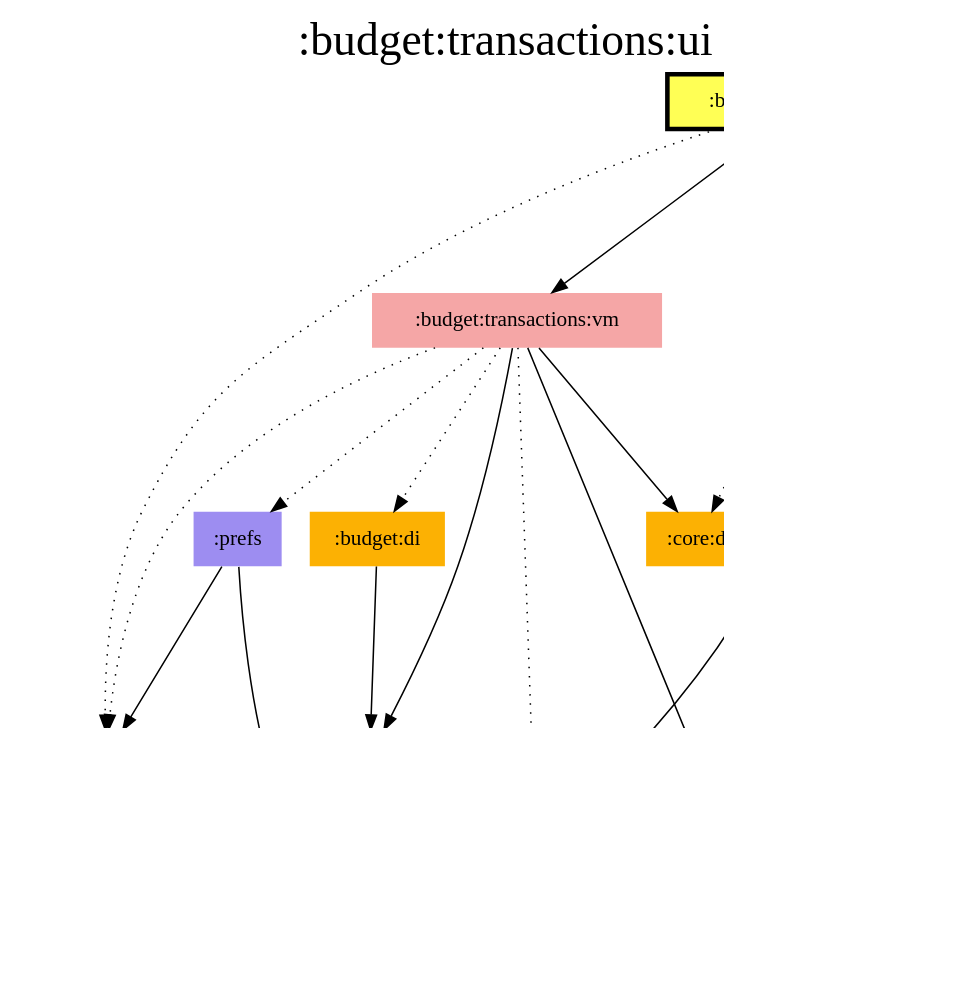
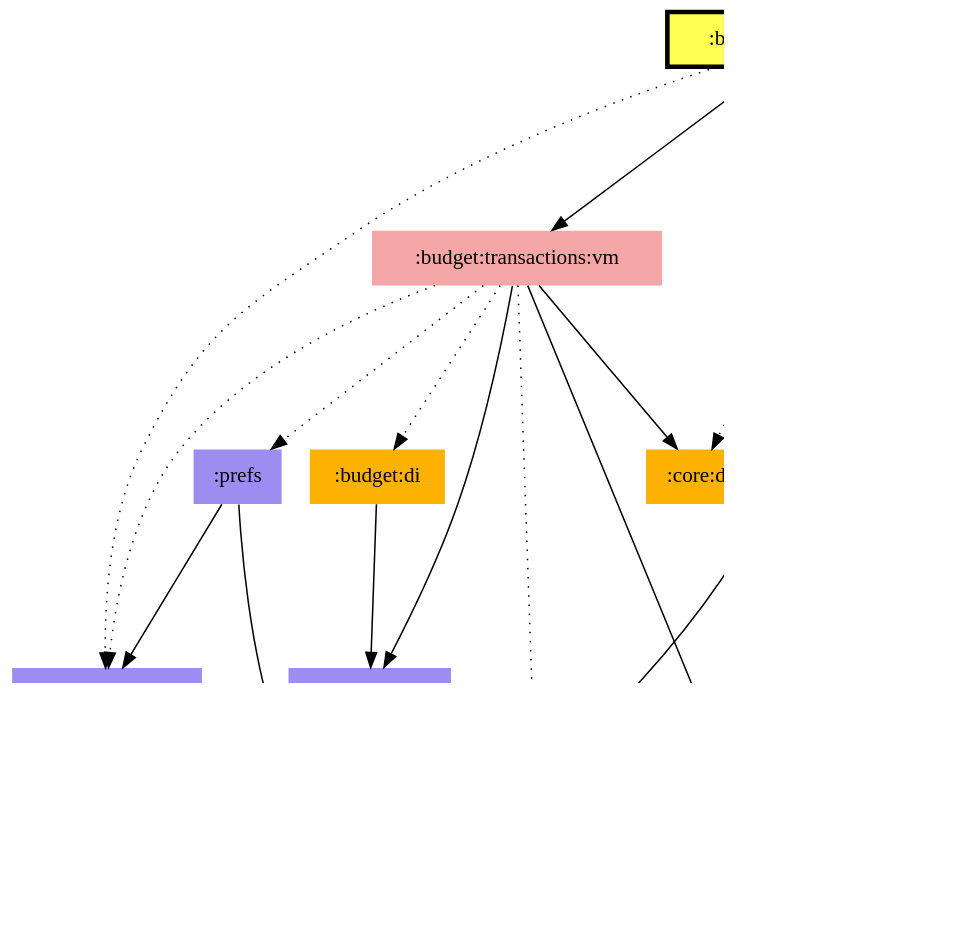
One commit to jonapoul/aktual changed the diagram in modules/budget/transactions/ui/modules.dot. Above: the diagram before and after it, drawn with Graphviz. The commit also changed 87 other files, not shown here.

Commit message:
Remove graphviz

```diff
--- a/modules/budget/transactions/ui/modules.dot
+++ b/modules/budget/transactions/ui/modules.dot
@@ -1,44 +1,39 @@
 digraph {
 edge ["dir"="forward"]
-graph ["dpi"="100","label"=":budget:transactions:ui","labelloc"="t","fontsize"="30","ranksep"="1.5","rankdir"="TB"]
+graph ["dpi"="100","fontsize"="30","ranksep"="1.5","rankdir"="TB"]
 node ["style"="filled"]
 ":account:model" ["fillcolor"="#9D8DF1","shape"="none"]
 ":budget:data" ["fillcolor"="#9D8DF1","shape"="none"]
 ":budget:di" ["fillcolor"="#FCB103","shape"="none"]
 ":budget:model" ["fillcolor"="#9D8DF1","shape"="none"]
 ":budget:transactions:ui" ["fillcolor"="#FFFF55","color"="black","penwidth"="3","shape"="box"]
 ":budget:transactions:vm" ["fillcolor"="#F5A6A6","shape"="none"]
 ":core:di" ["fillcolor"="#FCB103","shape"="none"]
 ":core:model" ["fillcolor"="#9D8DF1","shape"="none"]
 ":core:ui" ["fillcolor"="#FFFF55","shape"="none"]
 ":l10n" ["fillcolor"="#9D8DF1","shape"="none"]
 ":logging" ["fillcolor"="#9D8DF1","shape"="none"]
 ":prefs" ["fillcolor"="#9D8DF1","shape"="none"]
-{
-edge ["dir"="none"]
-graph ["rank"="same"]
-":budget:transactions:ui"
-}
 ":budget:data" -> ":budget:model"
 ":budget:data" -> ":core:model"
 ":budget:data" -> ":logging" ["style"="dotted"]
 ":budget:di" -> ":budget:data"
 ":budget:transactions:ui" -> ":account:model" ["style"="dotted"]
 ":budget:transactions:ui" -> ":budget:model"
 ":budget:transactions:ui" -> ":budget:transactions:vm"
 ":budget:transactions:ui" -> ":core:ui"
 ":budget:transactions:ui" -> ":l10n" ["style"="dotted"]
 ":budget:transactions:vm" -> ":account:model" ["style"="dotted"]
 ":budget:transactions:vm" -> ":budget:data"
 ":budget:transactions:vm" -> ":budget:di" ["style"="dotted"]
 ":budget:transactions:vm" -> ":budget:model"
 ":budget:transactions:vm" -> ":core:di"
 ":budget:transactions:vm" -> ":logging" ["style"="dotted"]
 ":budget:transactions:vm" -> ":prefs" ["style"="dotted"]
 ":core:ui" -> ":budget:model"
 ":core:ui" -> ":core:di" ["style"="dotted"]
 ":core:ui" -> ":core:model"
 ":core:ui" -> ":l10n" ["style"="dotted"]
 ":prefs" -> ":account:model"
 ":prefs" -> ":core:model"
 }
```
